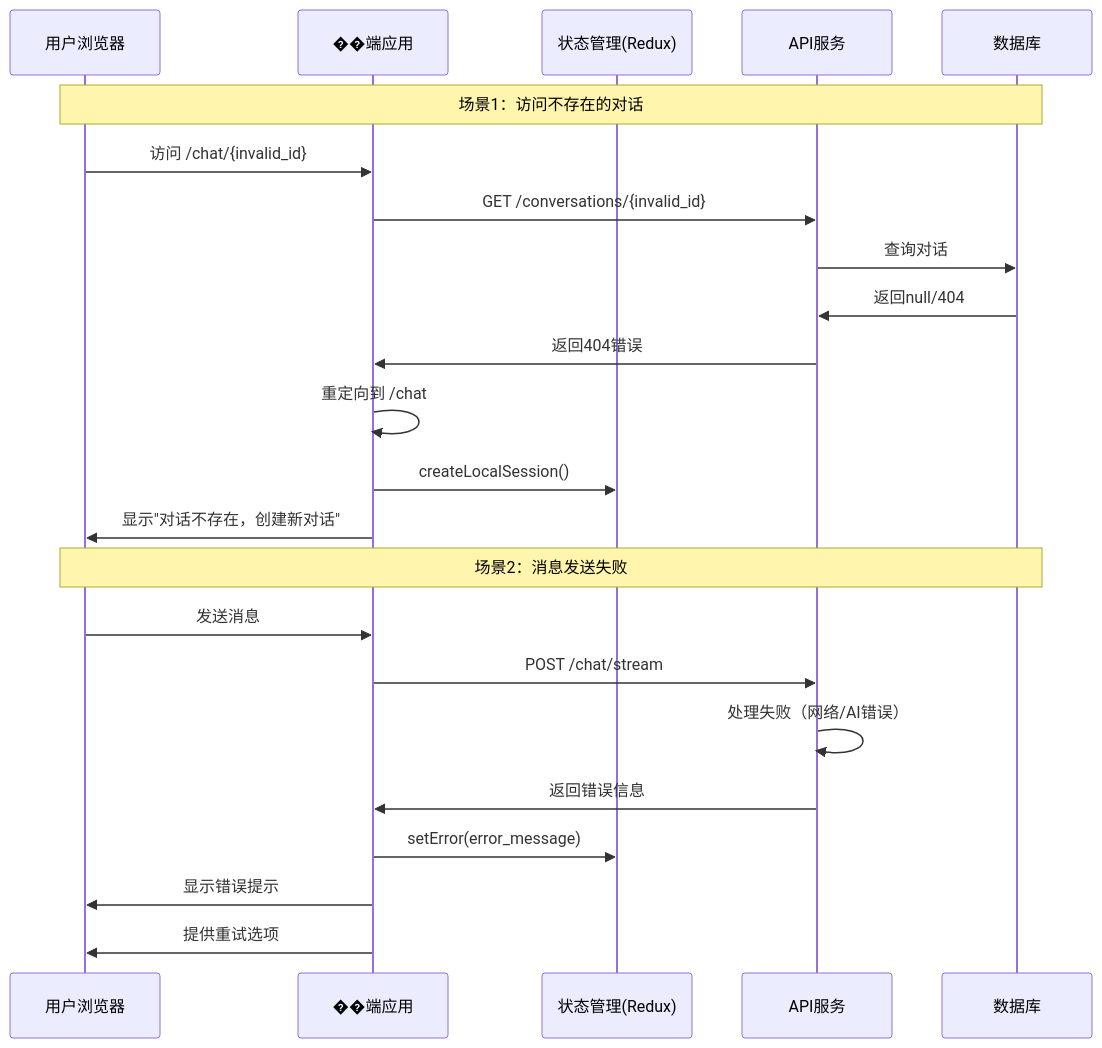
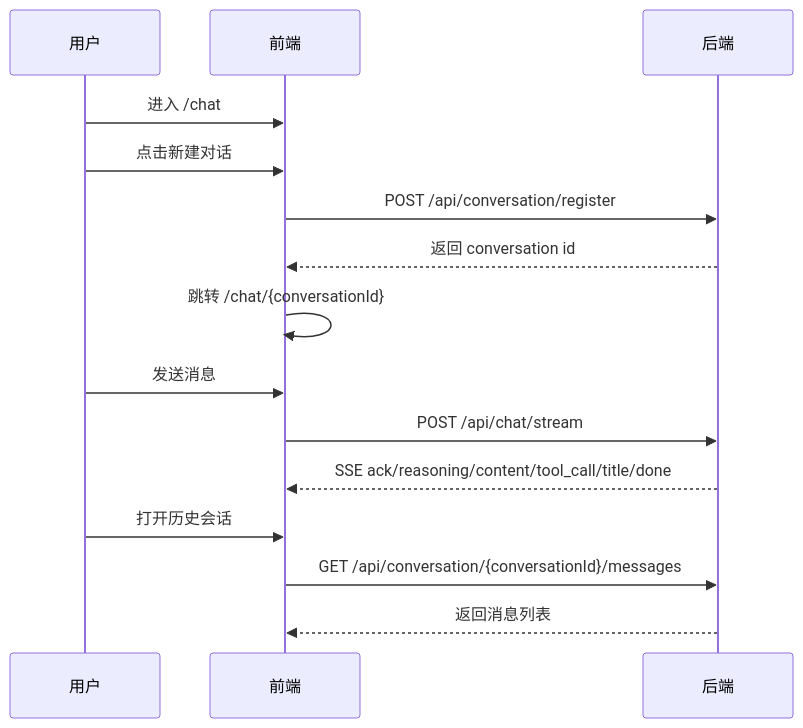
Before and after one commit to wuhonglei/chat-agent: the diagram in frontend/docs/conversation.md, drawn with Mermaid. The commit also changed other lines of this file and 22 other files, not shown here.

````diff
--- a/frontend/docs/conversation.md
+++ b/frontend/docs/conversation.md
@@ -274,29 +33,20 @@
 ```mermaid
 sequenceDiagram
-    participant U as 用户浏览器
-    participant F as ��端应用
-    participant S as 状态管理(Redux)
-    participant A as API服务
-    participant DB as 数据库
+    participant U as 用户
+    participant FE as 前端
+    participant API as 后端
 
-    Note over U,DB: 场景1：访问不存在的对话
+    U->>FE: 进入 /chat
+    U->>FE: 点击新建对话
+    FE->>API: POST /api/conversation/register
+    API-->>FE: 返回 conversation id
+    FE->>FE: 跳转 /chat/{conversationId}
 
-    U->>F: 访问 /chat/{invalid_id}
-    F->>A: GET /conversations/{invalid_id}
-    A->>DB: 查询对话
-    DB->>A: 返回null/404
-    A->>F: 返回404错误
-    F->>F: 重定向到 /chat
-    F->>S: createLocalSession()
-    F->>U: 显示"对话不存在，创建新对话"
+    U->>FE: 发送消息
+    FE->>API: POST /api/chat/stream
+    API-->>FE: SSE ack/reasoning/content/tool_call/title/done
 
-    Note over U,DB: 场景2：消息发送失败
-
-    U->>F: 发送消息
-    F->>A: POST /chat/stream
-    A->>A: 处理失败（网络/AI错误）
-    A->>F: 返回错误信息
-    F->>S: setError(error_message)
-    F->>U: 显示错误提示
-    F->>U: 提供重试选项
+    U->>FE: 打开历史会话
+    FE->>API: GET /api/conversation/{conversationId}/messages
+    API-->>FE: 返回消息列表
 ```
````
